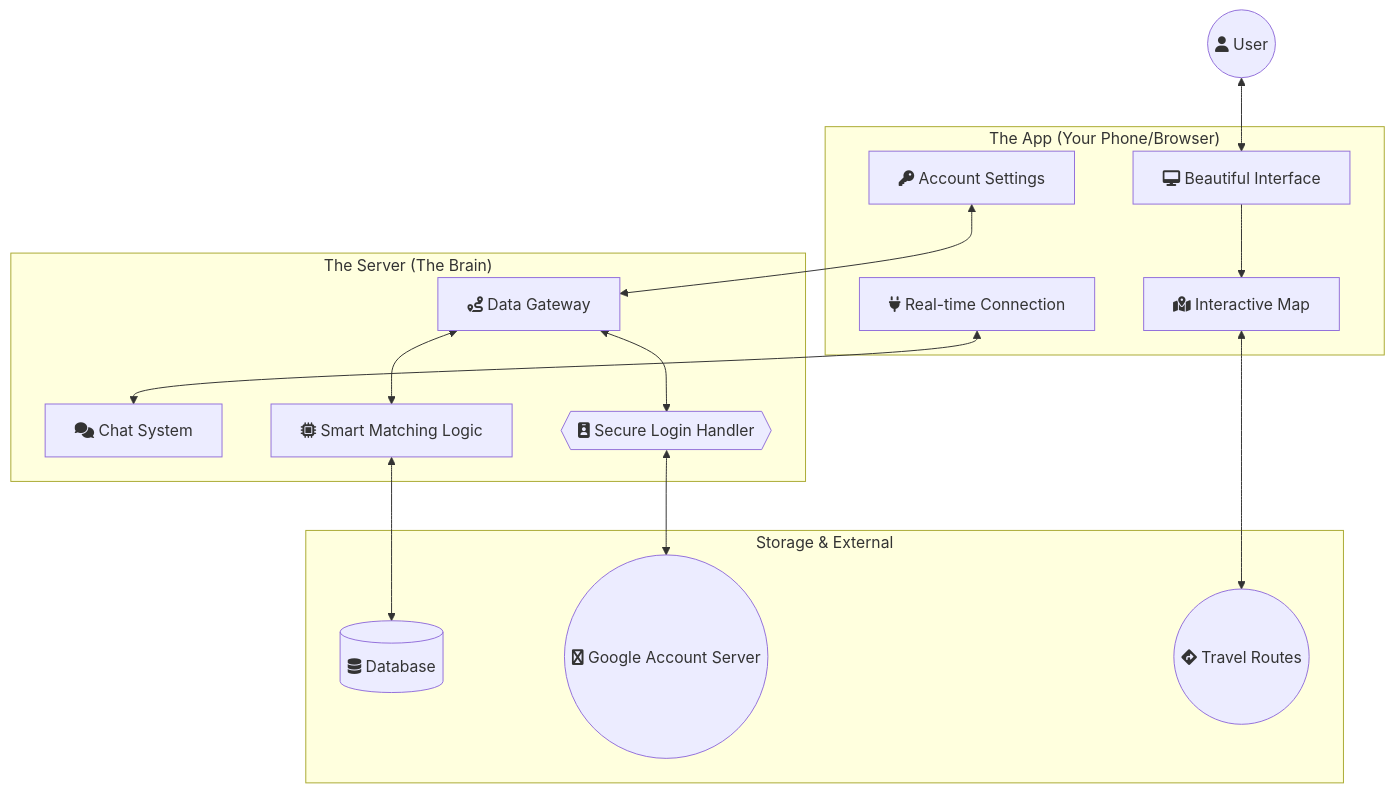
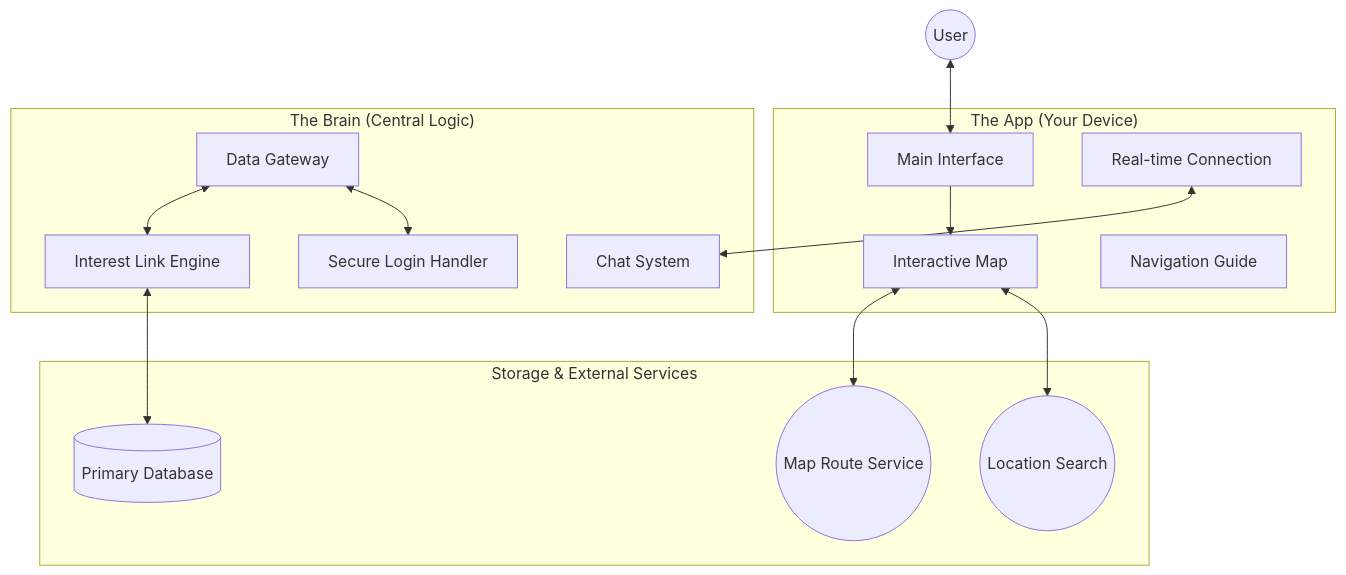
One commit to Akash-Veerla/Demographic changed the first of 8 diagrams in docs/DIAGRAMS.md. Above: the diagram before and after it, drawn with Mermaid. The commit also changed other lines of this file, not shown here.

Commit message:
Diagrams update reflecting system update

````diff
--- a/docs/DIAGRAMS.md
+++ b/docs/DIAGRAMS.md
@@ -10,34 +10,33 @@
 ```mermaid
 graph TD
-    User((fa:fa-user User))
+    User((User))
     
-    subgraph "The App (Your Phone/Browser)"
-        UI[fa:fa-desktop Beautiful Interface]
-        Map[fa:fa-map-marked-alt Interactive Map]
-        SIO_C[fa:fa-plug Real-time Connection]
-        Auth_C[fa:fa-key Account Settings]
+    subgraph "The App (Your Device)"
+        UI[Main Interface]
+        Map[Interactive Map]
+        Route[Navigation Guide]
+        LiveLink[Real-time Connection]
     end
     
-    subgraph "The Server (The Brain)"
-        API[fa:fa-route Data Gateway]
-        SIO_S[fa:fa-comments Chat System]
-        Passport{{fa:fa-id-badge Secure Login Handler}}
-        Matching[fa:fa-microchip Smart Matching Logic]
+    subgraph "The Brain (Central Logic)"
+        Gateway[Data Gateway]
+        ChatHost[Chat System]
+        SecureAuth[Secure Login Handler]
+        SmartMatch[Interest Link Engine]
     end
     
-    subgraph "Storage & External"
-        DB[(fa:fa-database Database)]
-        Google((fa:fa-google Google Account Server))
-        OSRM((fa:fa-directions Travel Routes))
+    subgraph "Storage & External Services"
+        Database[(Primary Database)]
+        PlaceSearch((Location Search))
+        RouteSvc((Map Route Service))
     end
     
     User <--> UI
     UI --> Map
-    SIO_C <--> SIO_S
-    Auth_C <--> API
-    Map <--> OSRM
-    API <--> Matching
-    Matching <--> DB
-    API <--> Passport
-    Passport <--> Google
+    LiveLink <--> ChatHost
+    Map <--> RouteSvc
+    Map <--> PlaceSearch
+    Gateway <--> SmartMatch
+    SmartMatch <--> Database
+    Gateway <--> SecureAuth
 ```
````
